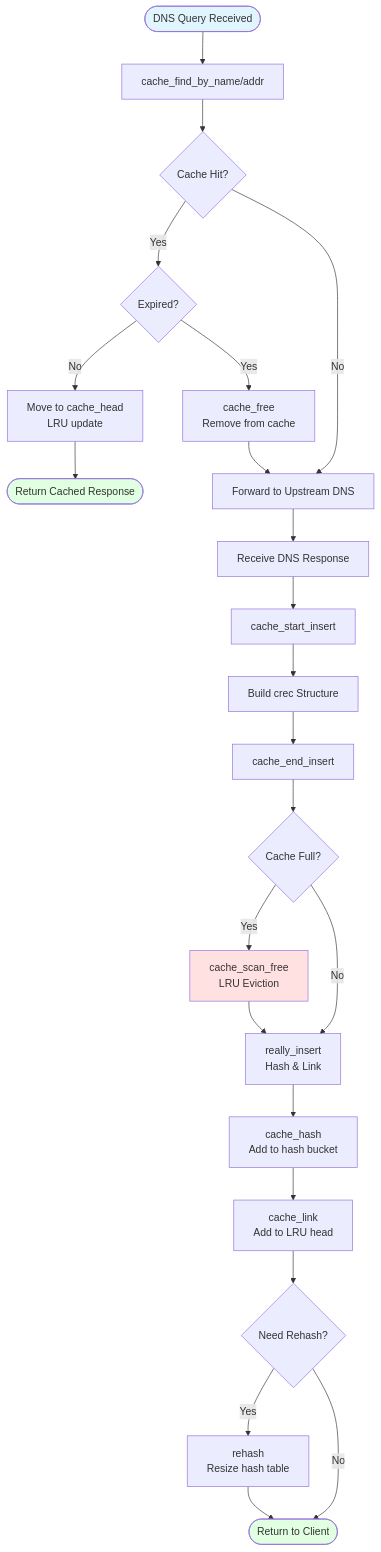
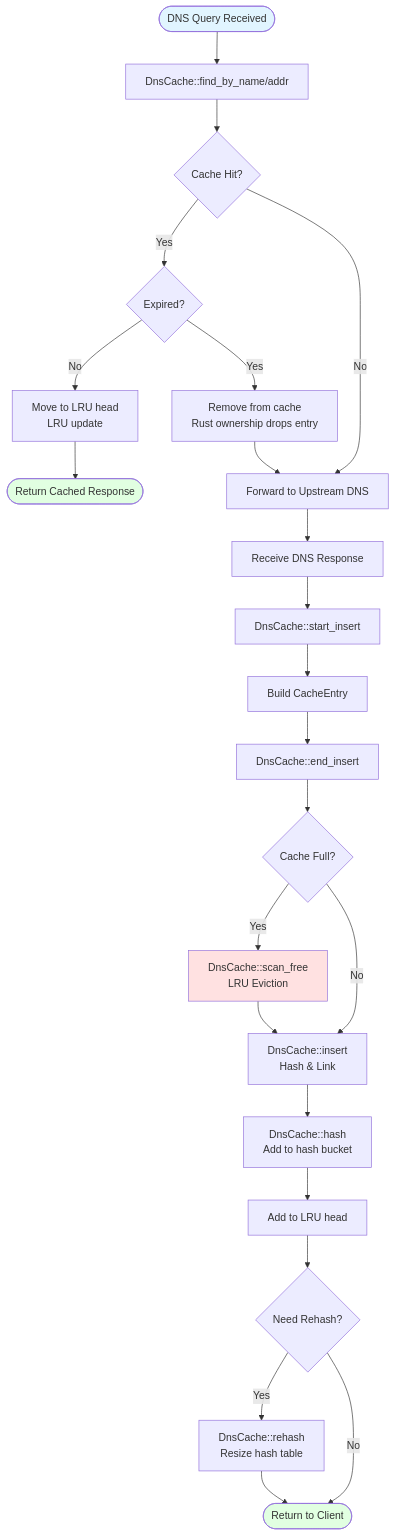
One commit to blitzy-public-samples/blitzy-dnsmasq changed the second of 3 diagrams in docs/DNS_CACHING.md. Above: the diagram before and after it, drawn with Mermaid. The commit also changed other lines of this file, not shown here.

````diff
--- a/docs/DNS_CACHING.md
+++ b/docs/DNS_CACHING.md
@@ -194,35 +202,35 @@
 ```mermaid
 flowchart TD
-    Start([DNS Query Received]) --> Lookup[cache_find_by_name/addr]
+    Start([DNS Query Received]) --> Lookup[DnsCache::find_by_name/addr]
     Lookup --> Found{Cache Hit?}
     
     Found -->|Yes| Expired{Expired?}
-    Expired -->|No| MoveHead[Move to cache_head<br/>LRU update]
+    Expired -->|No| MoveHead[Move to LRU head<br/>LRU update]
     MoveHead --> Return1([Return Cached Response])
     
-    Expired -->|Yes| Remove[cache_free<br/>Remove from cache]
+    Expired -->|Yes| Remove[Remove from cache<br/>Rust ownership drops entry]
     Remove --> QueryUpstream
     
     Found -->|No| QueryUpstream[Forward to Upstream DNS]
     QueryUpstream --> GetResponse[Receive DNS Response]
-    GetResponse --> StartInsert[cache_start_insert]
-    StartInsert --> BuildRecord[Build crec Structure]
-    BuildRecord --> EndInsert[cache_end_insert]
+    GetResponse --> StartInsert[DnsCache::start_insert]
+    StartInsert --> BuildRecord[Build CacheEntry]
+    BuildRecord --> EndInsert[DnsCache::end_insert]
     
     EndInsert --> CheckFull{Cache Full?}
-    CheckFull -->|Yes| Evict[cache_scan_free<br/>LRU Eviction]
+    CheckFull -->|Yes| Evict[DnsCache::scan_free<br/>LRU Eviction]
     Evict --> Insert
-    CheckFull -->|No| Insert[really_insert<br/>Hash & Link]
+    CheckFull -->|No| Insert[DnsCache::insert<br/>Hash & Link]
     
-    Insert --> Hash[cache_hash<br/>Add to hash bucket]
-    Hash --> LinkHead[cache_link<br/>Add to LRU head]
+    Insert --> Hash[DnsCache::hash<br/>Add to hash bucket]
+    Hash --> LinkHead[Add to LRU head]
     LinkHead --> Rehash{Need Rehash?}
-    Rehash -->|Yes| Resize[rehash<br/>Resize hash table]
+    Rehash -->|Yes| Resize[DnsCache::rehash<br/>Resize hash table]
     Resize --> Return2
     Rehash -->|No| Return2([Return to Client])
     
     style Start fill:#e1f5ff
     style Return1 fill:#e1ffe1
     style Return2 fill:#e1ffe1
     style Evict fill:#ffe1e1
 ```
````
